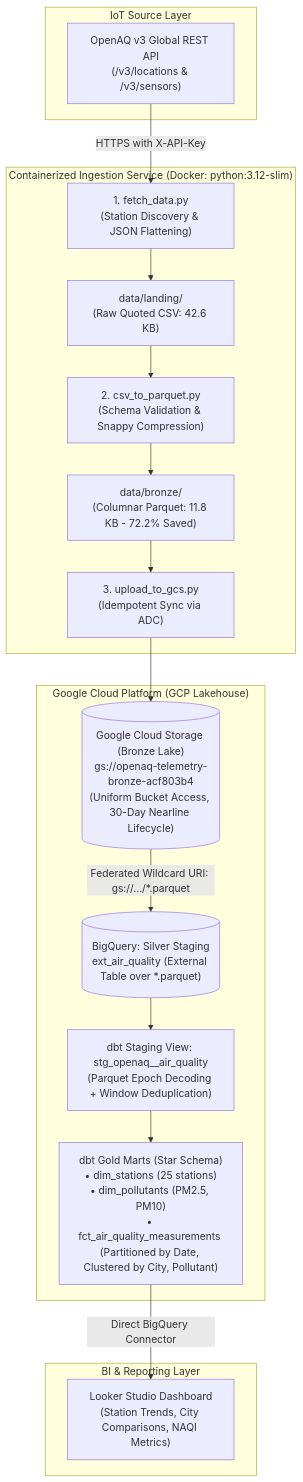
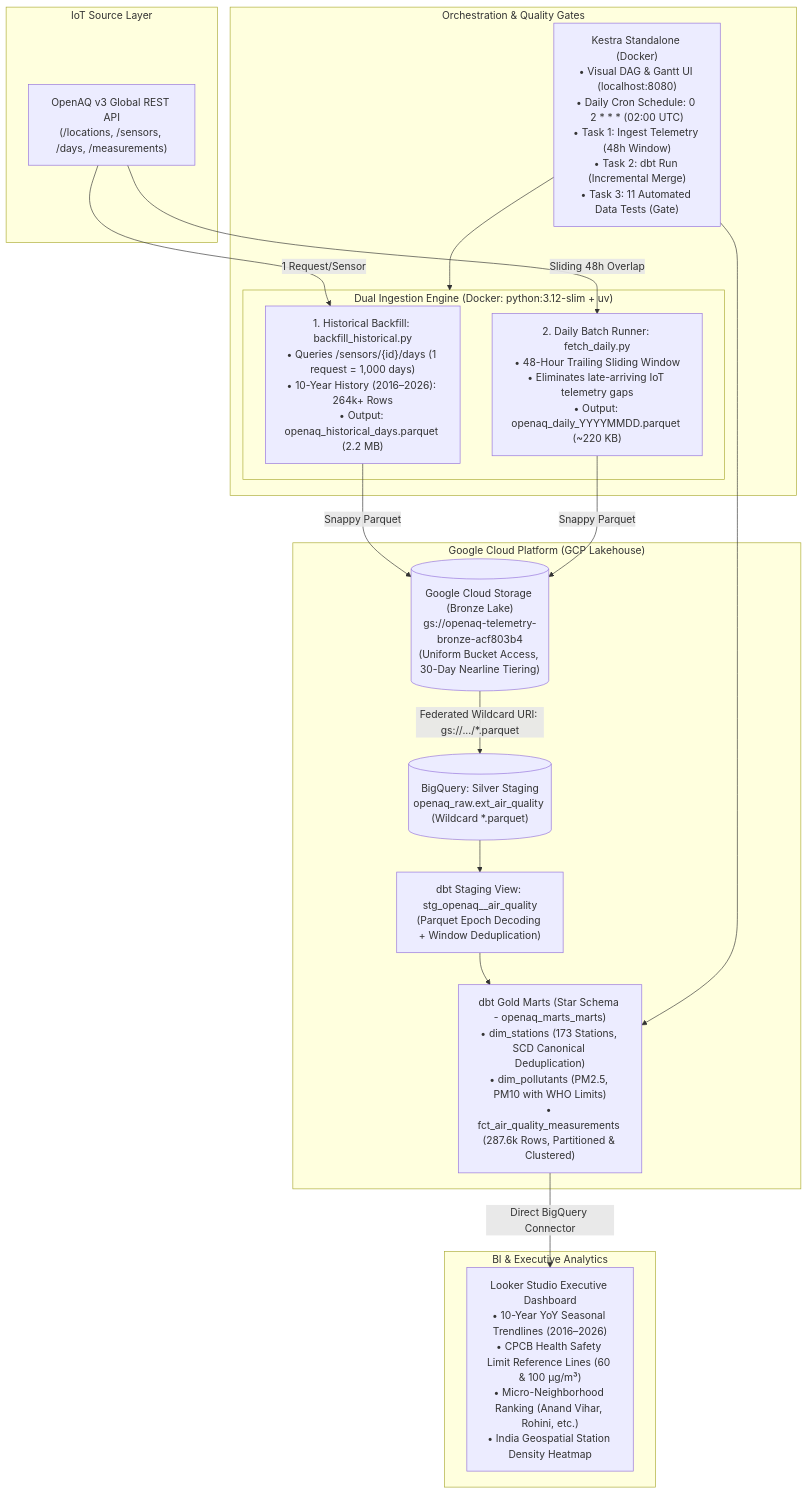
Before and after one commit to YaadiY/OPEN-AQ-Telemetry-Platform: the diagram in README.md, drawn with Mermaid. The commit also changed other lines of this file, not shown here.

Commit message:
docs: update README with dual ingestion, Kestra orchestration, and 10-year telemetry stats

````diff
--- a/README.md
+++ b/README.md
@@ -16,37 +17,38 @@
 ```mermaid
 flowchart TD
     subgraph ExternalSources ["IoT Source Layer"]
-        API["OpenAQ v3 Global REST API\n(/v3/locations & /v3/sensors)"]
+        API["OpenAQ v3 Global REST API\n(/locations, /sensors, /days, /measurements)"]
     end
 
-    subgraph ContainerizedIngestion ["Containerized Ingestion Service (Docker: python:3.12-slim)"]
-        Script1["1. fetch_data.py\n(Station Discovery & JSON Flattening)"]
-        Landing["data/landing/\n(Raw Quoted CSV: 42.6 KB)"]
-        Script2["2. csv_to_parquet.py\n(Schema Validation & Snappy Compression)"]
-        Bronze["data/bronze/\n(Columnar Parquet: 11.8 KB - 72.2% Saved)"]
-        Script3["3. upload_to_gcs.py\n(Idempotent Sync via ADC)"]
+    subgraph DualIngestion ["Dual Ingestion Engine (Docker: python:3.12-slim + uv)"]
+        Backfill["1. Historical Backfill: backfill_historical.py\n• Queries /sensors/{id}/days (1 request = 1,000 days)\n• 10-Year History (2016–2026): 264k+ Rows\n• Output: openaq_historical_days.parquet (2.2 MB)"]
+        Incremental["2. Daily Batch Runner: fetch_daily.py\n• 48-Hour Trailing Sliding Window\n• Eliminates late-arriving IoT telemetry gaps\n• Output: openaq_daily_YYYYMMDD.parquet (~220 KB)"]
         
-        API -->|HTTPS with X-API-Key| Script1
-        Script1 --> Landing
-        Landing --> Script2
-        Script2 --> Bronze
-        Bronze --> Script3
+        API -->|1 Request/Sensor| Backfill
+        API -->|Sliding 48h Overlap| Incremental
     end
 
     subgraph GoogleCloudPlatform ["Google Cloud Platform (GCP Lakehouse)"]
-        GCS[("Google Cloud Storage (Bronze Lake)\ngs://openaq-telemetry-bronze-acf803b4\n(Uniform Bucket Access, 30-Day Nearline Lifecycle)")]
-        BQ_Ext[("BigQuery: Silver Staging\next_air_quality (External Table over *.parquet)")]
+        GCS[("Google Cloud Storage (Bronze Lake)\ngs://openaq-telemetry-bronze-acf803b4\n(Uniform Bucket Access, 30-Day Nearline Tiering)")]
+        BQ_Ext[("BigQuery: Silver Staging\nopenaq_raw.ext_air_quality (Wildcard *.parquet)")]
         dbt_stg["dbt Staging View: stg_openaq__air_quality\n(Parquet Epoch Decoding + Window Deduplication)"]
-        dbt_marts["dbt Gold Marts (Star Schema)\n• dim_stations (25 stations)\n• dim_pollutants (PM2.5, PM10)\n• fct_air_quality_measurements (Partitioned by Date, Clustered by City, Pollutant)"]
+        dbt_marts["dbt Gold Marts (Star Schema - openaq_marts_marts)\n• dim_stations (173 Stations, SCD Canonical Deduplication)\n• dim_pollutants (PM2.5, PM10 with WHO Limits)\n• fct_air_quality_measurements (287.6k Rows, Partitioned & Clustered)"]
         
-        Script3 --> GCS
+        Backfill -->|Snappy Parquet| GCS
+        Incremental -->|Snappy Parquet| GCS
         GCS -->|Federated Wildcard URI: gs://.../*.parquet| BQ_Ext
         BQ_Ext --> dbt_stg
         dbt_stg --> dbt_marts
     end
 
-    subgraph BusinessIntelligence ["BI & Reporting Layer"]
-        Looker["Looker Studio Dashboard\n(Station Trends, City Comparisons, NAQI Metrics)"]
+    subgraph OrchestrationLayer ["Orchestration & Quality Gates"]
+        Kestra["Kestra Standalone (Docker)\n• Visual DAG & Gantt UI (localhost:8080)\n• Daily Cron Schedule: 0 2 * * * (02:00 UTC)\n• Task 1: Ingest Telemetry (48h Window)\n• Task 2: dbt Run (Incremental Merge)\n• Task 3: 11 Automated Data Tests (Gate)"]
+        Kestra --> DualIngestion
+        Kestra --> dbt_marts
+    end
+
+    subgraph BusinessIntelligence ["BI & Executive Analytics"]
+        Looker["Looker Studio Executive Dashboard\n• 10-Year YoY Seasonal Trendlines (2016–2026)\n• CPCB Health Safety Limit Reference Lines (60 & 100 µg/m³)\n• Micro-Neighborhood Ranking (Anand Vihar, Rohini, etc.)\n• India Geospatial Station Density Heatmap"]
         dbt_marts -->|Direct BigQuery Connector| Looker
     end
 ```
````
